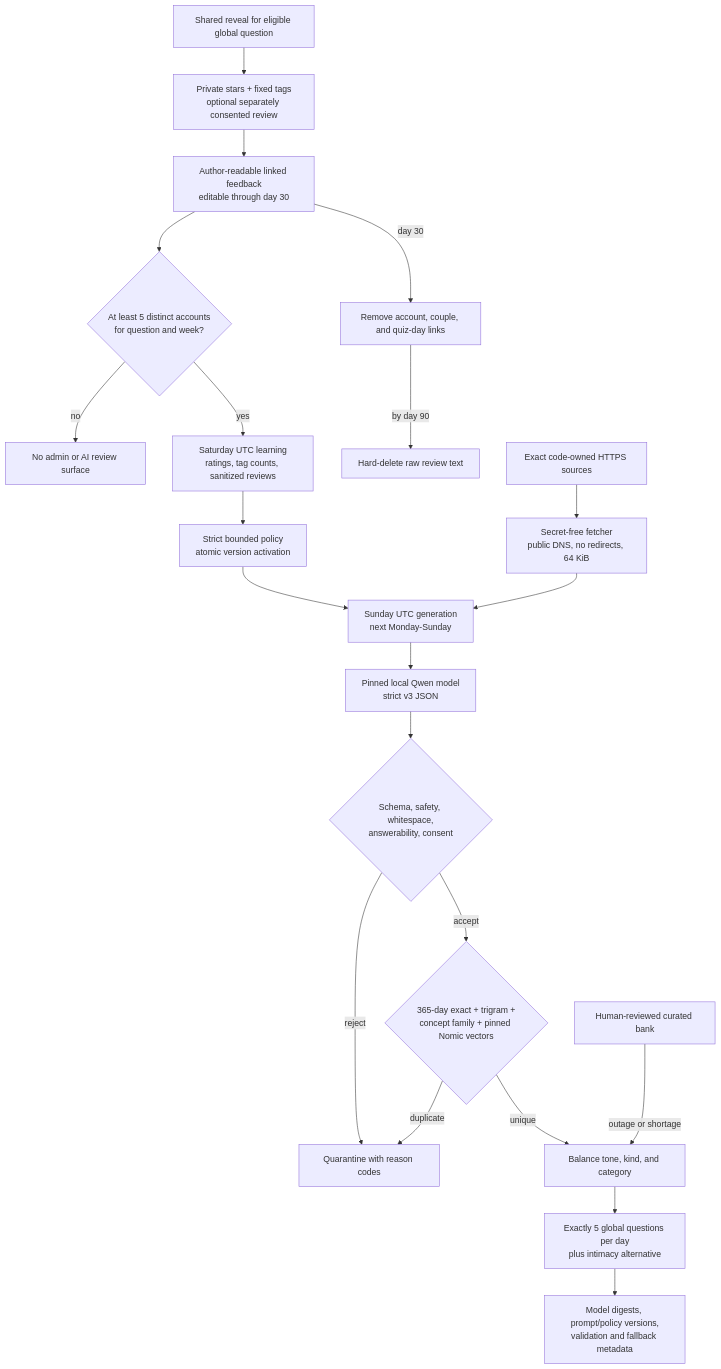
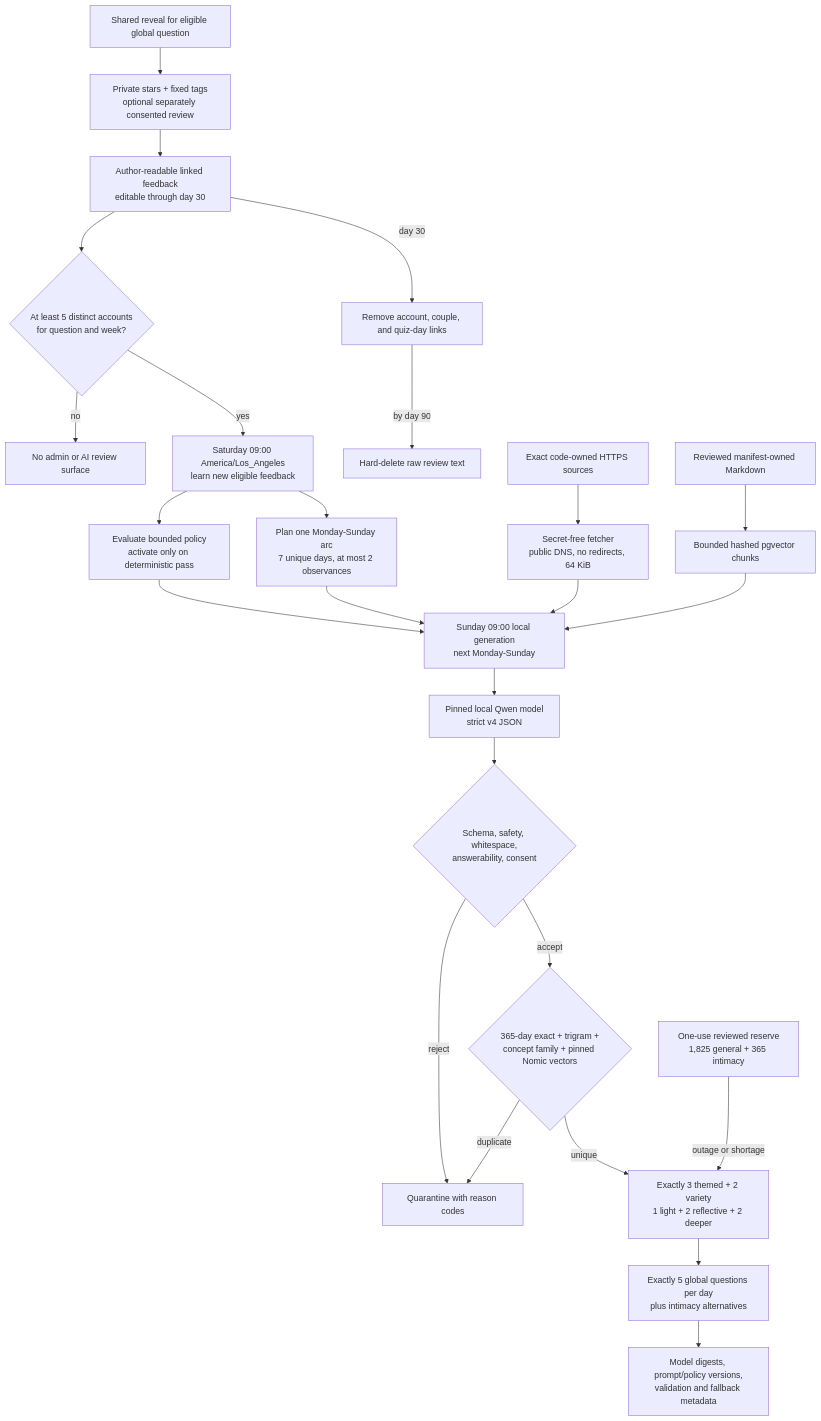
The eighth of 26 diagrams in docs/NETWORK-FLOW.md (Captainpax/littleorbit), drawn with Mermaid before and after one commit. The commit also changed other lines of this file and 93 other files, not shown here.

````diff
--- a/docs/NETWORK-FLOW.md
+++ b/docs/NETWORK-FLOW.md
@@ -232,23 +251,27 @@
 ```mermaid
 flowchart TD
     Reveal[Shared reveal for eligible global question] --> Feedback[Private stars + fixed tags<br/>optional separately consented review]
     Feedback --> Linked[Author-readable linked feedback<br/>editable through day 30]
     Linked --> Aggregate{At least 5 distinct accounts<br/>for question and week?}
     Aggregate -->|no| Hold[No admin or AI review surface]
-    Aggregate -->|yes| Saturday[Saturday UTC learning<br/>ratings, tag counts, sanitized reviews]
-    Saturday --> Policy[Strict bounded policy<br/>atomic version activation]
+    Aggregate -->|yes| Saturday[Saturday 09:00 America/Los_Angeles<br/>learn new eligible feedback]
+    Saturday --> Policy[Evaluate bounded policy<br/>activate only on deterministic pass]
+    Saturday --> Theme[Plan one Monday-Sunday arc<br/>7 unique days, at most 2 observances]
     Linked -->|day 30| Unlink[Remove account, couple, and quiz-day links]
     Unlink -->|by day 90| DeleteReview[Hard-delete raw review text]
-    Policy --> Sunday[Sunday UTC generation<br/>next Monday-Sunday]
+    Policy --> Sunday[Sunday 09:00 local generation<br/>next Monday-Sunday]
+    Theme --> Sunday
     Sources[Exact code-owned HTTPS sources] --> Fetcher[Secret-free fetcher<br/>public DNS, no redirects, 64 KiB]
     Fetcher --> Sunday
-    Sunday --> Qwen[Pinned local Qwen model<br/>strict v3 JSON]
+    Knowledge[Reviewed manifest-owned Markdown] --> Chunks[Bounded hashed pgvector chunks]
+    Chunks --> Sunday
+    Sunday --> Qwen[Pinned local Qwen model<br/>strict v4 JSON]
     Qwen --> Validate{Schema, safety, whitespace,<br/>answerability, consent}
     Validate -->|reject| Quarantine[Quarantine with reason codes]
     Validate -->|accept| Semantic{365-day exact + trigram +<br/>concept family + pinned Nomic vectors}
     Semantic -->|duplicate| Quarantine
-    Semantic -->|unique| Select[Balance tone, kind, and category]
-    Bank[Human-reviewed curated bank] -->|outage or shortage| Select
-    Select --> Publish[Exactly 5 global questions per day<br/>plus intimacy alternative]
+    Semantic -->|unique| Select[Exactly 3 themed + 2 variety<br/>1 light + 2 reflective + 2 deeper]
+    Reserve[One-use reviewed reserve<br/>1,825 general + 365 intimacy] -->|outage or shortage| Select
+    Select --> Publish[Exactly 5 global questions per day<br/>plus intimacy alternatives]
     Publish --> Audit[Model digests, prompt/policy versions,<br/>validation and fallback metadata]
 ```
````
